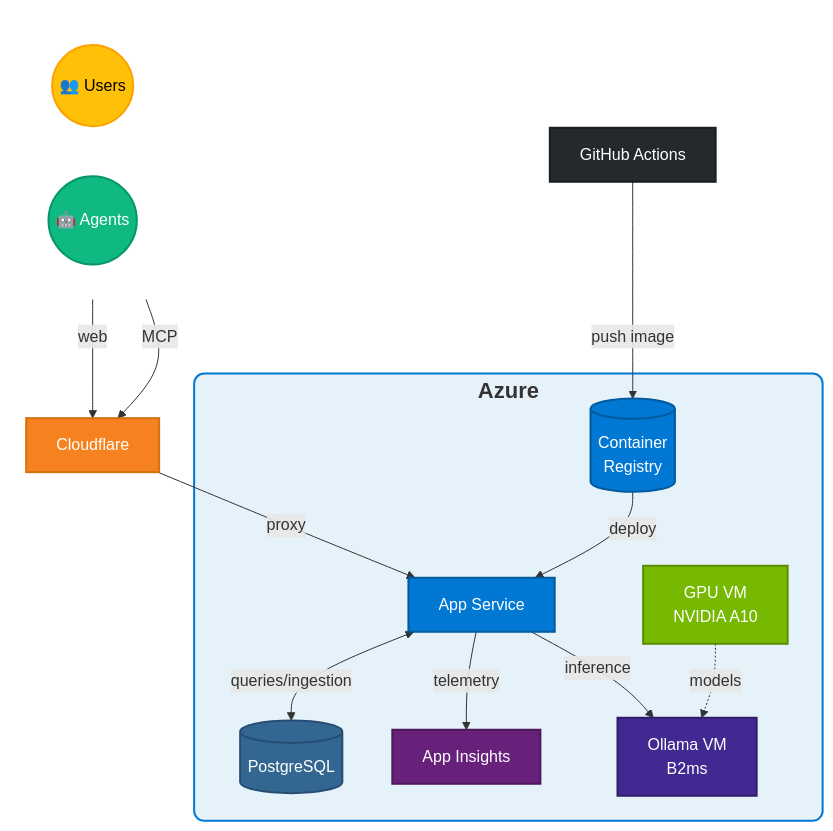
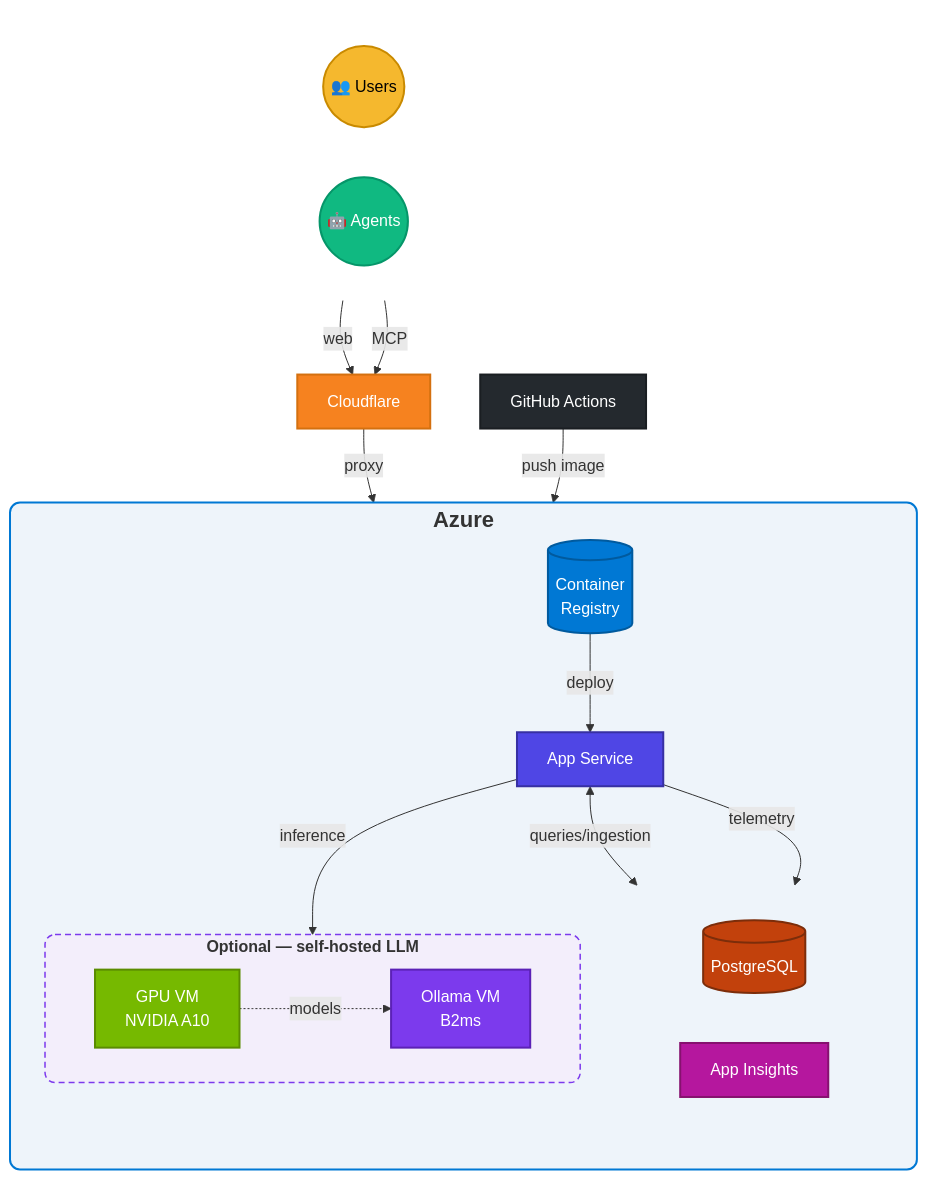
The first of 2 diagrams in README.md (atomassi/rbac-catalog), drawn with Mermaid before and after one commit. The commit also changed 1 other file, not shown here.

Commit message:
docs: refresh README architecture diagram and drop LLM dependency from smoke tests (#356)

````diff
--- a/README.md
+++ b/README.md
@@ -127,42 +127,52 @@
 ```mermaid
 flowchart TD
     subgraph Clients[" "]
         direction LR
         USER((👥 Users)):::user
         AI((🤖 Agents)):::ai
     end
     GH[GitHub Actions]:::github
     CDN[Cloudflare]:::cdn
     
     subgraph AZ ["<span style='font-size:22px;font-weight:bold'>Azure</span>"]
+        direction TB
         CR[(Container<br/>Registry)]:::azure
-        AS[App Service]:::azure
-        PG[(PostgreSQL)]:::db
-        INSIGHTS[App Insights]:::monitor
-        OL[Ollama VM<br/>B2ms]:::ollama
-        GPU[GPU VM<br/>NVIDIA A10]:::gpu
+        AS[App Service]:::appsvc
+        subgraph DATA [" "]
+            direction LR
+            PG[(PostgreSQL)]:::db
+            INSIGHTS[App Insights]:::monitor
+        end
+        subgraph OPT ["<span style='font-weight:bold'>Optional — self-hosted LLM</span>"]
+            direction LR
+            GPU[GPU VM<br/>NVIDIA A10]:::gpu
+            OL[Ollama VM<br/>B2ms]:::ollama
+        end
     end
     
     USER -->|web| CDN
     AI -->|MCP| CDN
     CDN -->|proxy| AS
     GH -->|push image| CR
     CR -->|deploy| AS
     AS <-->|queries/ingestion| PG
     AS -->|telemetry| INSIGHTS
     AS -->|inference| OL
     GPU -.->|models| OL
     
-    classDef user fill:#FFC107,color:#000,stroke:#FFA000,stroke-width:2px
+    classDef user fill:#F5B82E,color:#000,stroke:#C98A00,stroke-width:2px
     classDef ai fill:#10B981,color:#fff,stroke:#059669,stroke-width:2px
     classDef github fill:#24292e,color:#fff,stroke:#1a1e22,stroke-width:2px
     classDef cdn fill:#F6821F,color:#fff,stroke:#d4700f,stroke-width:2px
     classDef azure fill:#0078D4,color:#fff,stroke:#005a9e,stroke-width:2px
-    classDef db fill:#336791,color:#fff,stroke:#264d73,stroke-width:2px
-    classDef ollama fill:#412991,color:#fff,stroke:#301d6b,stroke-width:2px
+    classDef appsvc fill:#4F46E5,color:#fff,stroke:#3730A3,stroke-width:2px
+    classDef db fill:#C2410C,color:#fff,stroke:#7C2D0A,stroke-width:2px
+    classDef ollama fill:#7C3AED,color:#fff,stroke:#5B21B6,stroke-width:2px
     classDef gpu fill:#76B900,color:#fff,stroke:#5a8c00,stroke-width:2px
-    classDef monitor fill:#68217A,color:#fff,stroke:#4e185c,stroke-width:2px
+    classDef monitor fill:#B5179E,color:#fff,stroke:#86116F,stroke-width:2px
     
-    style AZ fill:#E6F2FA,stroke:#0078D4,stroke-width:2px,rx:10
+    style AZ fill:#EEF4FA,stroke:#0078D4,stroke-width:2px,rx:10
+    style DATA fill:none,stroke:none
+    style OPT fill:#F3EEFB,stroke:#7C3AED,stroke-width:1.5px,stroke-dasharray:6 4,rx:10
     style Clients fill:none,stroke:none
 ```
````
